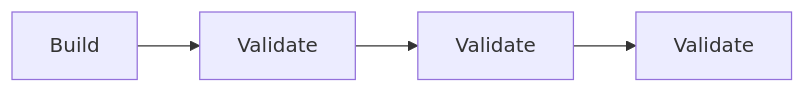
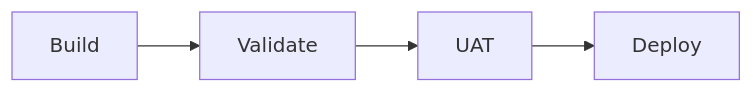
Before and after one commit to aaronparker/aaronparker.github.io: the diagram in _posts/2023-12-20-user-acceptance-testing-for-vdi-with-azure-devops.md, drawn with Mermaid.

````diff
--- a/_posts/2023-12-20-user-acceptance-testing-for-vdi-with-azure-devops.md
+++ b/_posts/2023-12-20-user-acceptance-testing-for-vdi-with-azure-devops.md
@@ -31,7 +31,7 @@
 ```mermaid
 flowchart LR
     A[Build]
     A --> B[Validate]
-    B --> C[Validate]
-    C --> D[Validate]
+    B --> C[UAT]
+    C --> D[Deploy]
 ```
````
